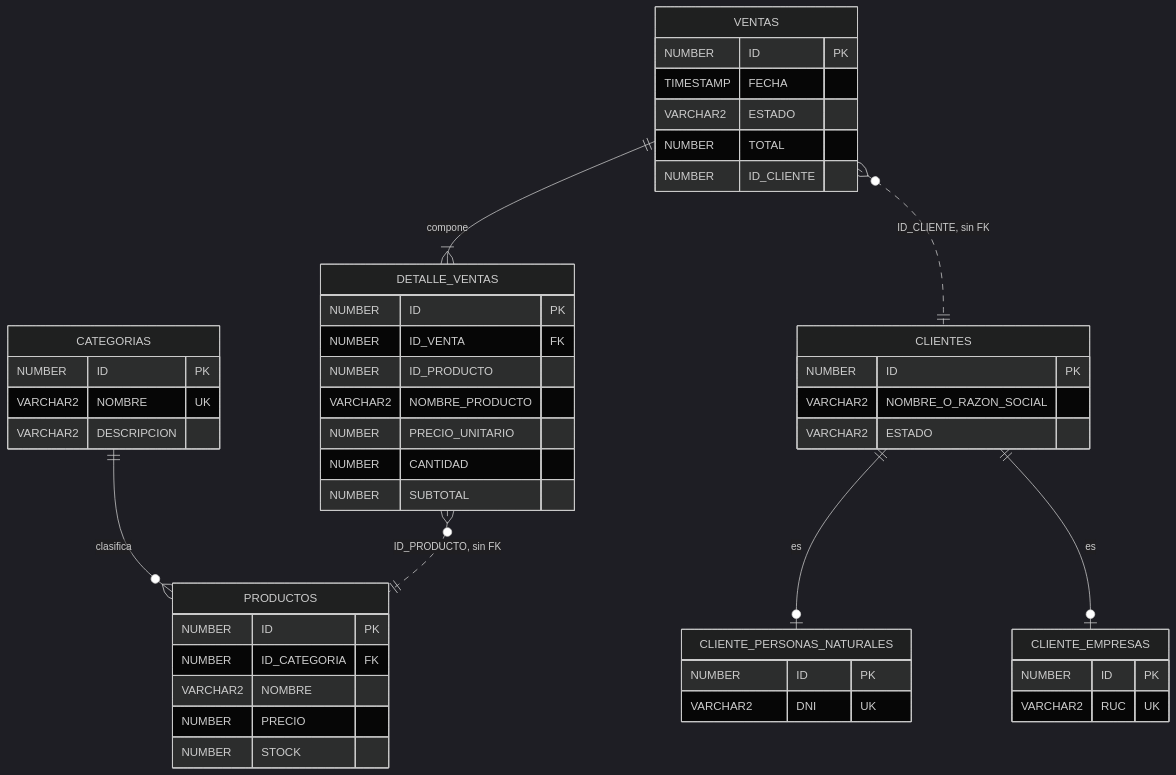
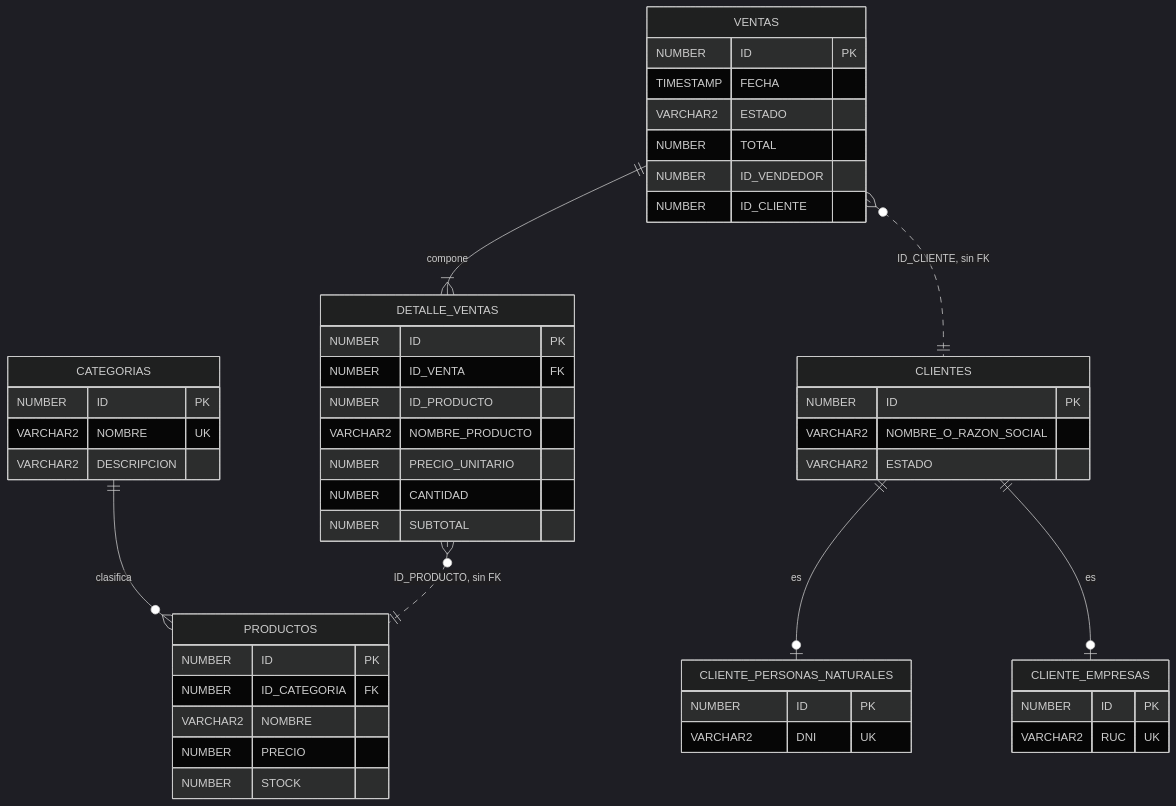
One commit to 262ciclo4/bomerp changed the seventh of 7 diagrams in docs/ads/sesiones/S08_Diseno_Clases_Avanzado_Transformacion_Objeto_Relacional.md. Above: the diagram before and after it, drawn with Mermaid (dark theme). The commit also changed other lines of this file, not shown here.

````diff
--- a/docs/ads/sesiones/S08_Diseno_Clases_Avanzado_Transformacion_Objeto_Relacional.md
+++ b/docs/ads/sesiones/S08_Diseno_Clases_Avanzado_Transformacion_Objeto_Relacional.md
@@ -598,51 +666,52 @@
 ```mermaid
 erDiagram
     CATEGORIAS ||--o{ PRODUCTOS : clasifica
     VENTAS ||--|{ DETALLE_VENTAS : compone
     CLIENTES ||--o| CLIENTE_PERSONAS_NATURALES : es
     CLIENTES ||--o| CLIENTE_EMPRESAS : es
     DETALLE_VENTAS }o..|| PRODUCTOS : "ID_PRODUCTO, sin FK"
     VENTAS }o..|| CLIENTES : "ID_CLIENTE, sin FK"
 
     CATEGORIAS {
         NUMBER ID PK
         VARCHAR2 NOMBRE UK
         VARCHAR2 DESCRIPCION
     }
     PRODUCTOS {
         NUMBER ID PK
         NUMBER ID_CATEGORIA FK
         VARCHAR2 NOMBRE
         NUMBER PRECIO
         NUMBER STOCK
     }
     VENTAS {
         NUMBER ID PK
         TIMESTAMP FECHA
         VARCHAR2 ESTADO
         NUMBER TOTAL
+        NUMBER ID_VENDEDOR
         NUMBER ID_CLIENTE
     }
     DETALLE_VENTAS {
         NUMBER ID PK
         NUMBER ID_VENTA FK
         NUMBER ID_PRODUCTO
         VARCHAR2 NOMBRE_PRODUCTO
         NUMBER PRECIO_UNITARIO
         NUMBER CANTIDAD
         NUMBER SUBTOTAL
     }
     CLIENTES {
         NUMBER ID PK
         VARCHAR2 NOMBRE_O_RAZON_SOCIAL
         VARCHAR2 ESTADO
     }
     CLIENTE_PERSONAS_NATURALES {
         NUMBER ID PK
         VARCHAR2 DNI UK
     }
     CLIENTE_EMPRESAS {
         NUMBER ID PK
         VARCHAR2 RUC UK
     }
 ```
````
